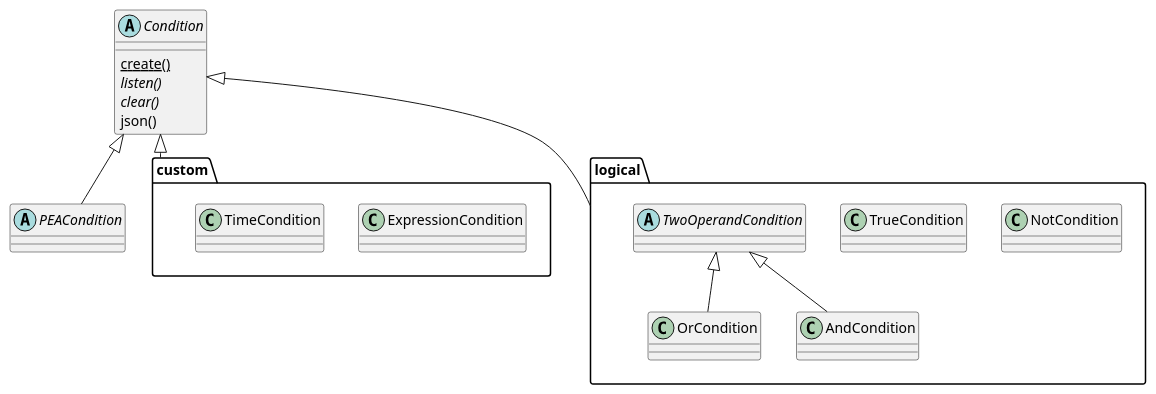
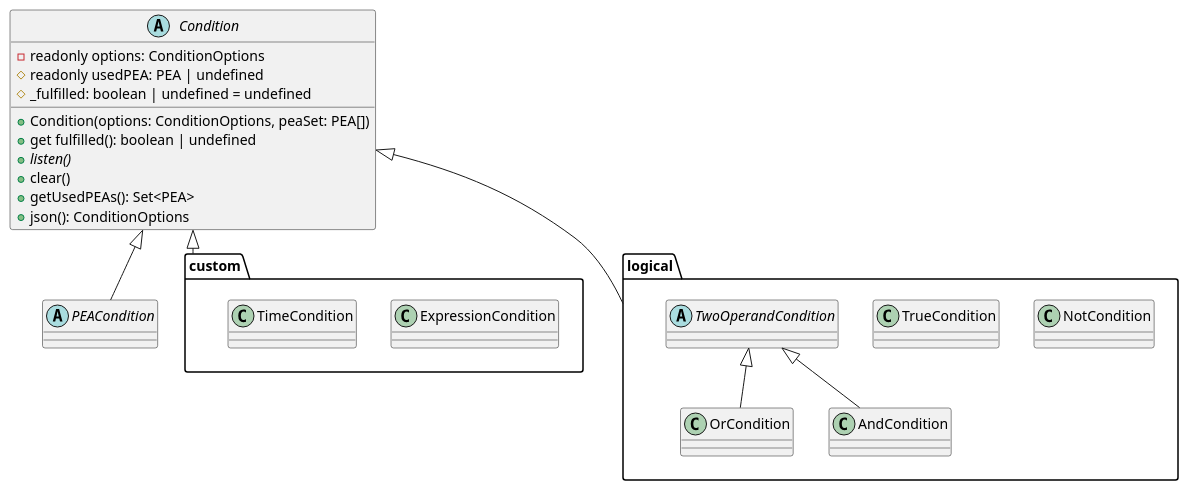
Before and after one commit to p2o-lab/polaris-backend: the diagram in src/modularPlantManager/condition/Condition.puml, drawn with PlantUML. The commit also changed 11 other files, not shown here.

```diff
--- a/src/modularPlantManager/condition/Condition.puml
+++ b/src/modularPlantManager/condition/Condition.puml
@@ -26,29 +26,35 @@
 @startuml
 'https://plantuml.com/class-diagram
 
 abstract class Condition{
-        {static} create()
-        {abstract} listen()
-        {abstract} clear()
-        json()
+        - readonly options: ConditionOptions
+        # readonly usedPEA: PEA | undefined
+        # _fulfilled: boolean | undefined = undefined
+
+        + Condition(options: ConditionOptions, peaSet: PEA[])
+        + get fulfilled(): boolean | undefined
+        + {abstract} listen()
+        + clear()
+        + getUsedPEAs(): Set<PEA>
+        + json(): ConditionOptions
 }
 
 Condition <|-- custom
 Condition <|-- PEACondition
 Condition <|-- logical
 
 package custom <<Folder>> {
   class ExpressionCondition
   class TimeCondition
 }
 package logical <<Folder>> {
   class NotCondition
   class TrueCondition
   abstract class TwoOperandCondition
 
   TwoOperandCondition <|-- OrCondition
   TwoOperandCondition <|-- AndCondition
 }
 abstract class PEACondition
 
 @enduml
```
